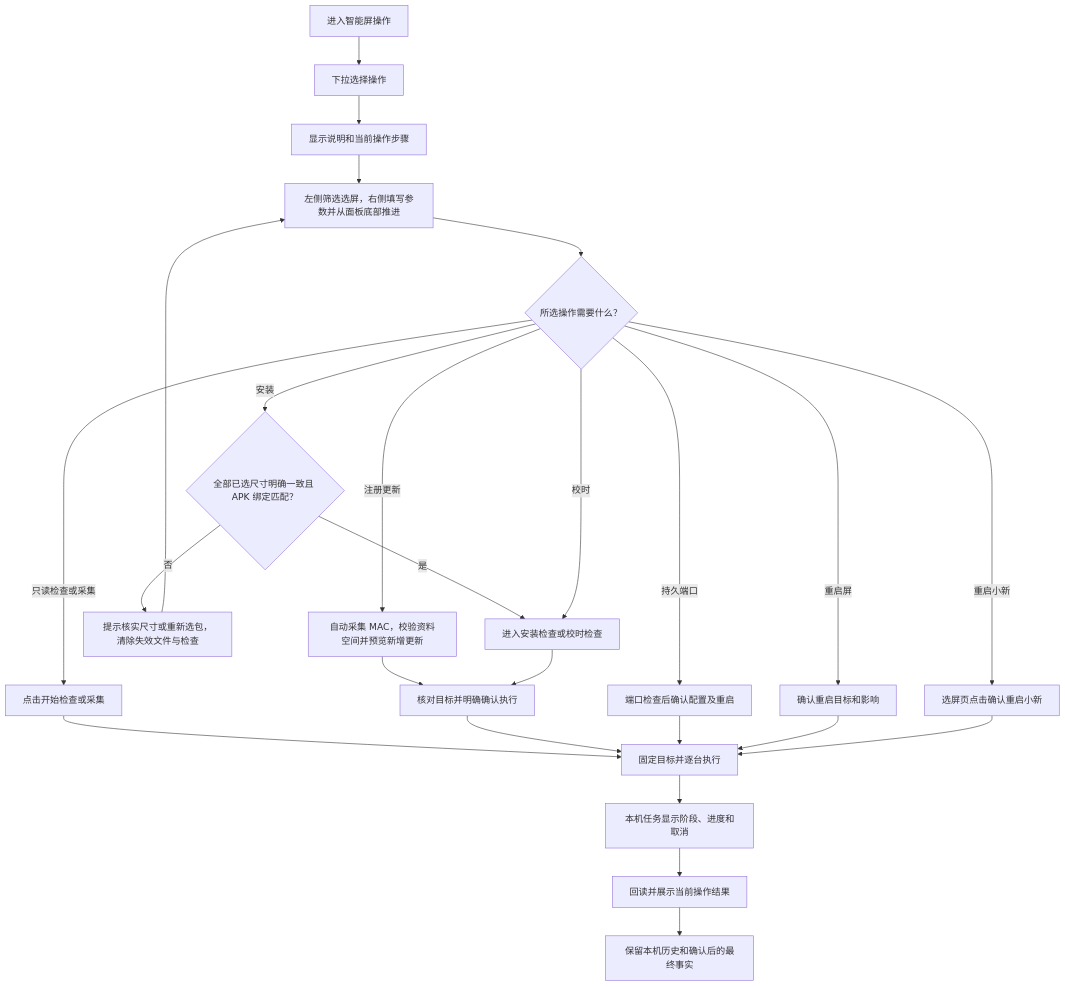
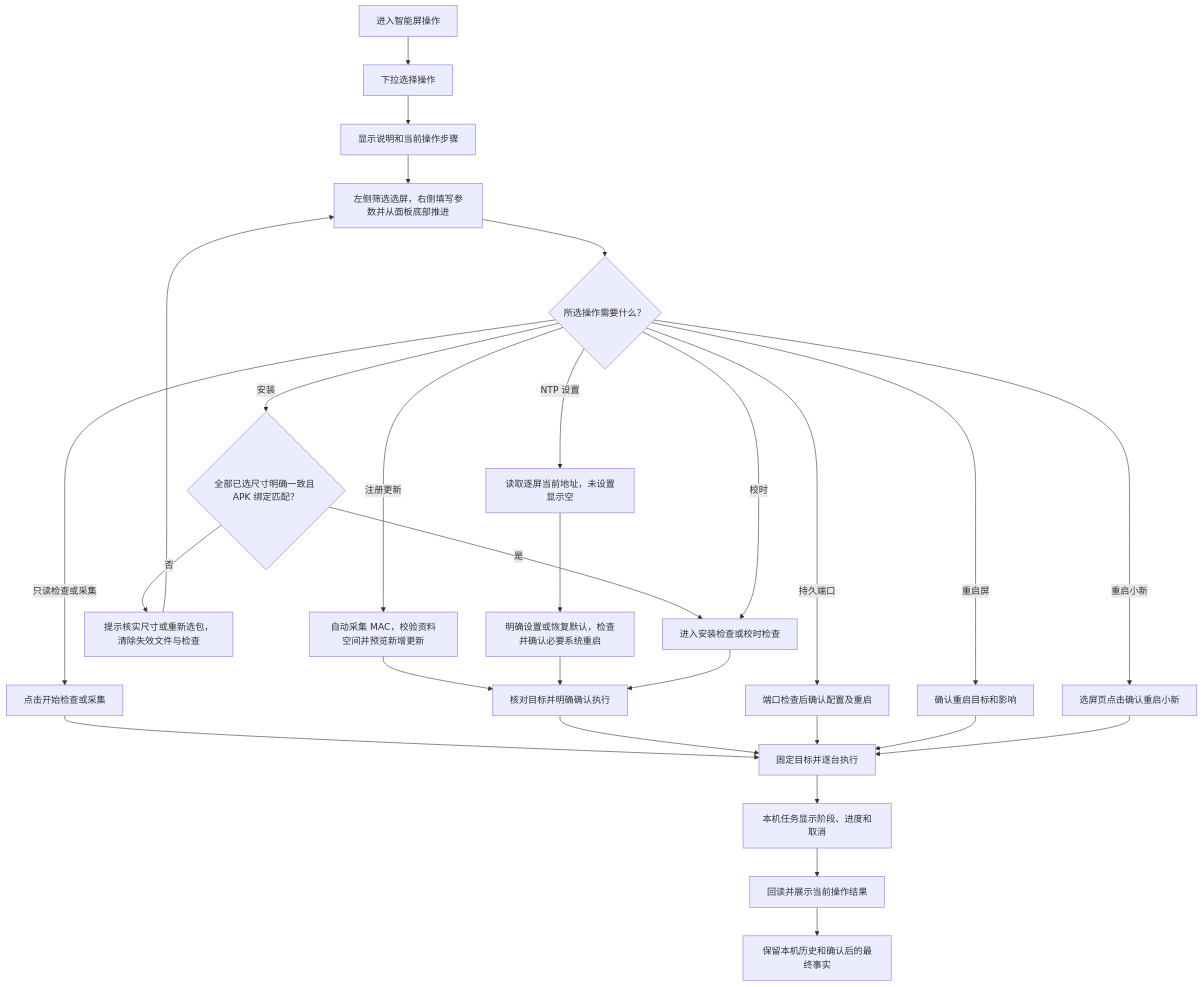
The fifth of 8 diagrams in doc/智能屏/03-屏管理界面逻辑流程图.md (fengin/inxaiot-desk-buddy), drawn with Mermaid before and after one commit. The commit also changed other lines of this file and 52 other files, not shown here.

````diff
--- a/doc/智能屏/03-屏管理界面逻辑流程图.md
+++ b/doc/智能屏/03-屏管理界面逻辑流程图.md
@@ -163,27 +164,30 @@
 ```mermaid
 flowchart TB
     openOperations["进入智能屏操作"] --> selectAction["下拉选择操作"]
     selectAction --> showSteps["显示说明和当前操作步骤"]
     showSteps --> chooseTargets["左侧筛选选屏，右侧填写参数并从面板底部推进"]
     chooseTargets --> actionKind{"所选操作需要什么？"}
     actionKind -->|注册更新| registerPreview["自动采集 MAC，校验资料空间并预览新增更新"]
     registerPreview --> confirmWrite["核对目标并明确确认执行"]
     actionKind -->|只读检查或采集| startRead["点击开始检查或采集"]
     actionKind -->|安装| installBatch{"全部已选尺寸明确一致且 APK 绑定匹配？"}
     installBatch -->|否| resetPackage["提示核实尺寸或重新选包，清除失效文件与检查"]
     resetPackage --> chooseTargets
     installBatch -->|是| actionCheck["进入安装检查或校时检查"]
     actionKind -->|校时| actionCheck
+    actionKind -->|NTP 设置| ntpRead["读取逐屏当前地址，未设置显示空"]
+    ntpRead --> ntpCheck["明确设置或恢复默认，检查并确认必要系统重启"]
+    ntpCheck --> confirmWrite
     actionCheck --> confirmWrite["核对目标并明确确认执行"]
     actionKind -->|持久端口| portCheck["端口检查后确认配置及重启"]
     actionKind -->|重启屏| confirmReboot["确认重启目标和影响"]
     actionKind -->|重启小新| confirmRestart["选屏页点击确认重启小新"]
     startRead --> runTask["固定目标并逐台执行"]
     confirmWrite --> runTask
     portCheck --> runTask
     confirmReboot --> runTask
     confirmRestart --> runTask
     runTask --> localProgress["本机任务显示阶段、进度和取消"]
     localProgress --> actionResult["回读并展示当前操作结果"]
     actionResult --> localHistory["保留本机历史和确认后的最终事实"]
 ```
````
